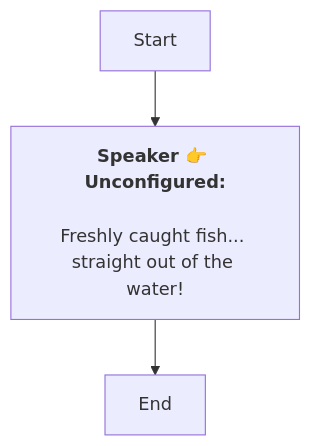
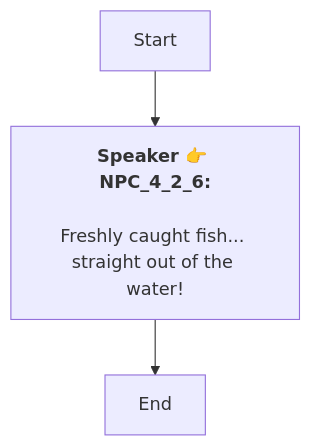
One commit to SoftHu/tos_avg changed the diagram in En/Dialog_54440186483206.md. Above: the diagram before and after it, drawn with Mermaid. The commit also changed 737 other files, not shown here.

````diff
--- a/En/Dialog_54440186483206.md
+++ b/En/Dialog_54440186483206.md
@@ -1,8 +1,7 @@
 ```mermaid
 graph
-Start -->1742086081839430[<b>Speaker 👉 Unconfigured:</b>
-
-Freshly caught fish... straight out of the water!]
+Start -->1742086081839430[<b>Speaker 👉 NPC_4_2_6:</b>
+\nFreshly caught fish... straight out of the water!]
 1742086081839430 -->1742086081840455[End]
 
- ```
+```
````
